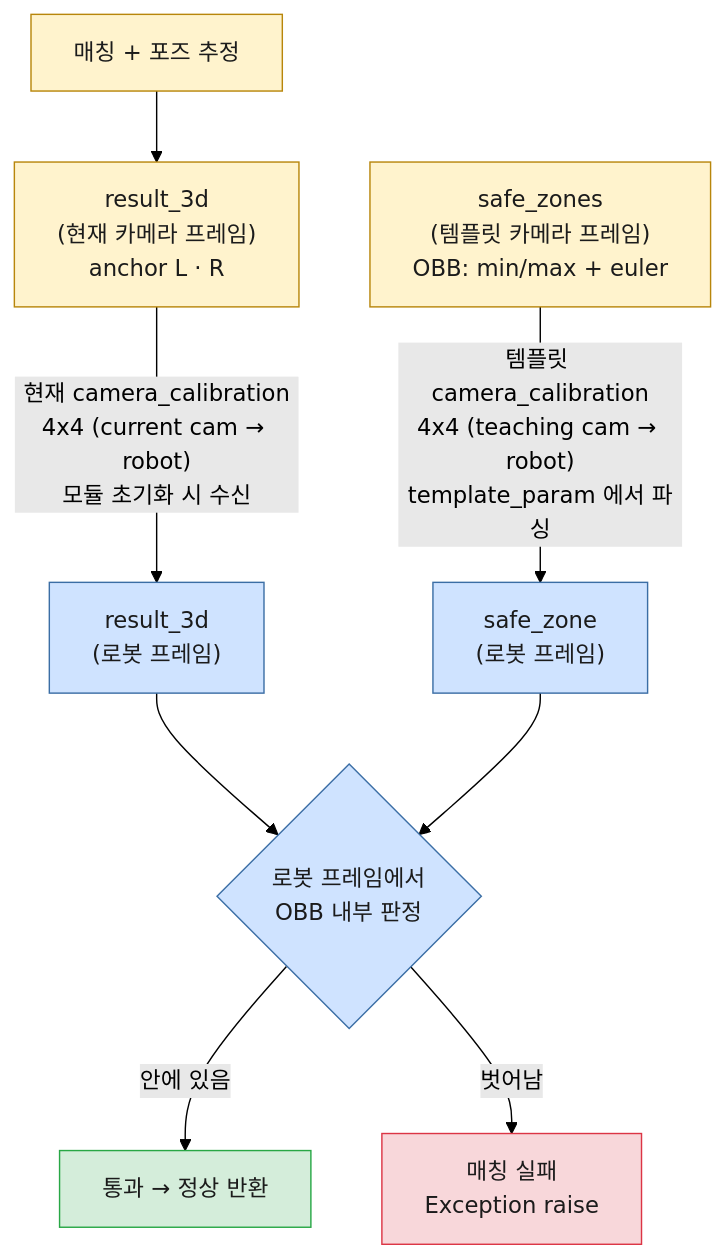
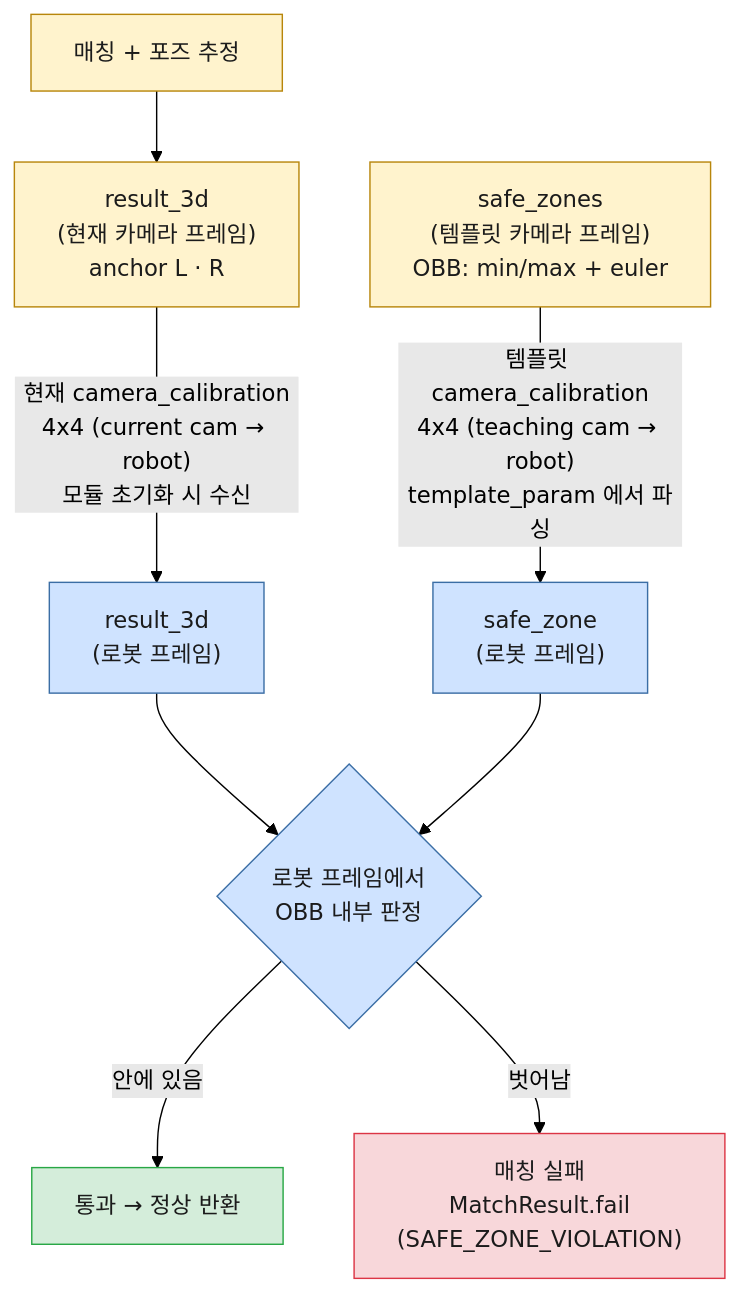
One commit to bruce-282/matching_module changed the diagram in docs/safe_zone_check.md. Above: the diagram before and after it, drawn with Mermaid (forest theme). The commit also changed other lines of this file and 2 other files, not shown here.

First line of the commit message:
Check safe zones in robot frame using hand-eye calibration

````diff
--- a/docs/safe_zone_check.md
+++ b/docs/safe_zone_check.md
@@ -184,22 +215,22 @@
 ```mermaid
 flowchart TB
     M["매칭 + 포즈 추정"] --> R["result_3d<br/>(현재 카메라 프레임)<br/>anchor L · R"]
     T["safe_zones<br/>(템플릿 카메라 프레임)<br/>OBB: min/max + euler"]
 
     R -->|"현재 camera_calibration<br/>4x4 (current cam → robot)<br/>모듈 초기화 시 수신"| RB["result_3d<br/>(로봇 프레임)"]
     T -->|"템플릿 camera_calibration<br/>4x4 (teaching cam → robot)<br/>template_param 에서 파싱"| TB["safe_zone<br/>(로봇 프레임)"]
 
     RB --> C{"로봇 프레임에서<br/>OBB 내부 판정"}
     TB --> C
     C -->|"안에 있음"| PASS["통과 → 정상 반환"]
-    C -->|"벗어남"| FAIL["매칭 실패<br/>Exception raise"]
+    C -->|"벗어남"| FAIL["매칭 실패<br/>MatchResult.fail<br/>(SAFE_ZONE_VIOLATION)"]
 
     classDef input fill:#fff3cd,stroke:#b8860b,color:#1b1b1b;
     classDef robot fill:#cfe3ff,stroke:#3b6ea5,color:#1b1b1b;
     classDef pass fill:#d4edda,stroke:#28a745,color:#1b1b1b;
     classDef fail fill:#f8d7da,stroke:#dc3545,color:#1b1b1b;
     class M,R,T input;
     class RB,TB,C robot;
     class PASS pass;
     class FAIL fail;
 ```
````
